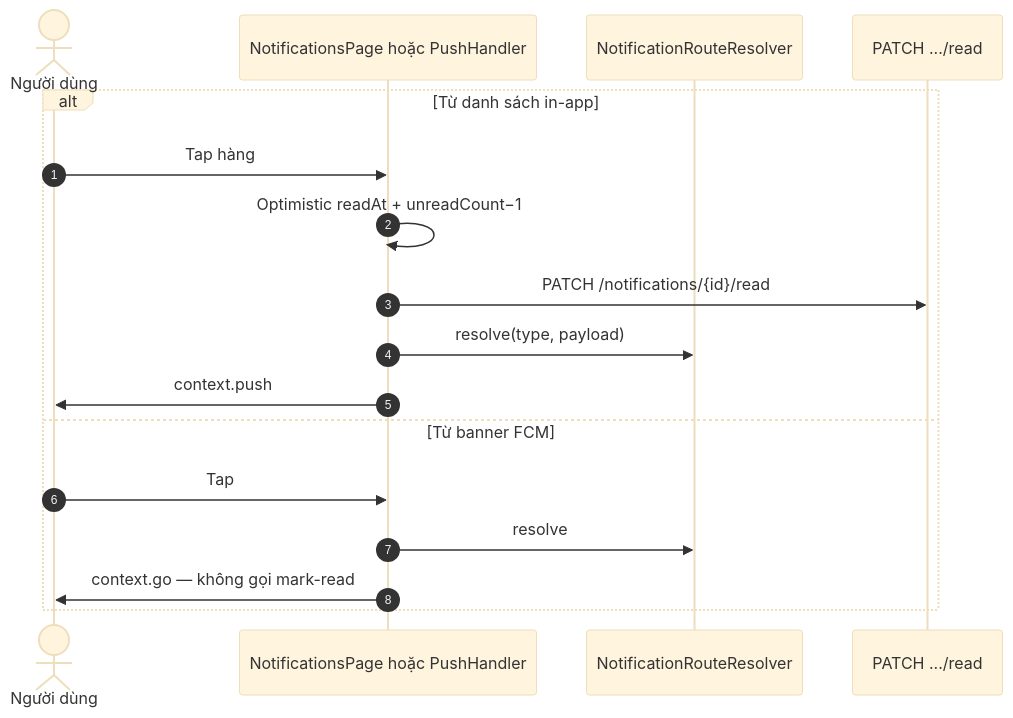
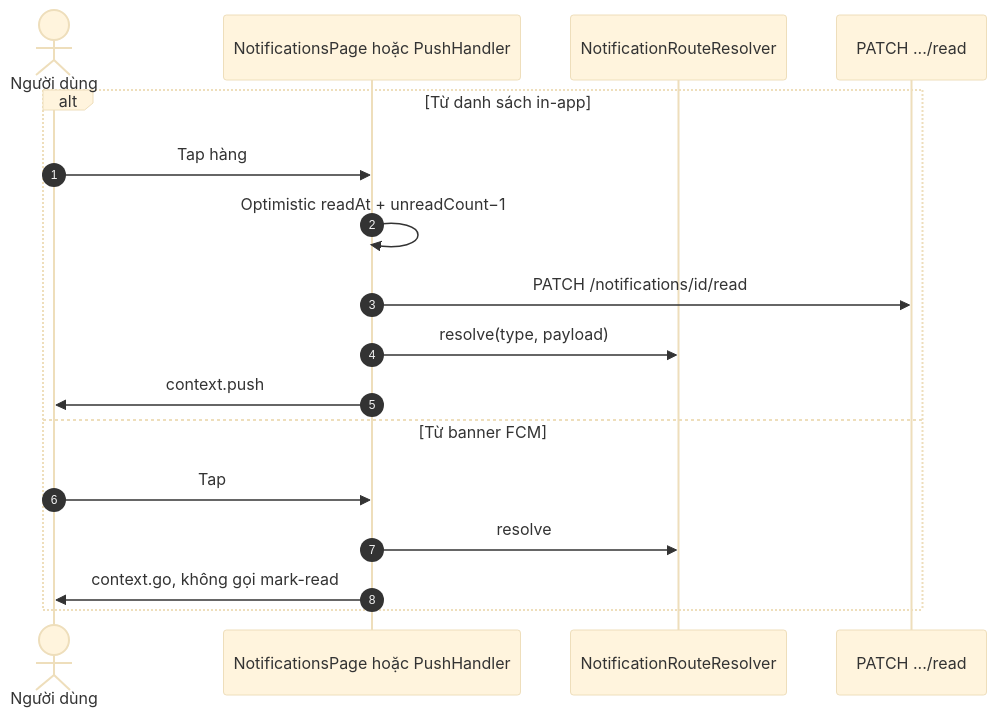
One commit to FintechVSF-Tranning/PaySplit-RP changed the third of 5 diagrams in flow/05-notification.md. Above: the diagram before and after it, drawn with Mermaid (base theme). The commit also changed other lines of this file and 7 other files, not shown here.

First line of the commit message:
Refactor notification flow and admin management documentation

````diff
--- a/flow/05-notification.md
+++ b/flow/05-notification.md
@@ -152,20 +172,20 @@
 ```mermaid
 sequenceDiagram
     autonumber
     actor U as Người dùng
     participant FE as NotificationsPage hoặc PushHandler
     participant R as NotificationRouteResolver
     participant BE as PATCH .../read
 
     alt Từ danh sách in-app
         U->>FE: Tap hàng
         FE->>FE: Optimistic readAt + unreadCount−1
-        FE->>BE: PATCH /notifications/{id}/read
+        FE->>BE: PATCH /notifications/id/read
         FE->>R: resolve(type, payload)
         FE->>U: context.push
     else Từ banner FCM
         U->>FE: Tap
         FE->>R: resolve
-        FE->>U: context.go — không gọi mark-read
+        FE->>U: context.go, không gọi mark-read
     end
 ```
````
